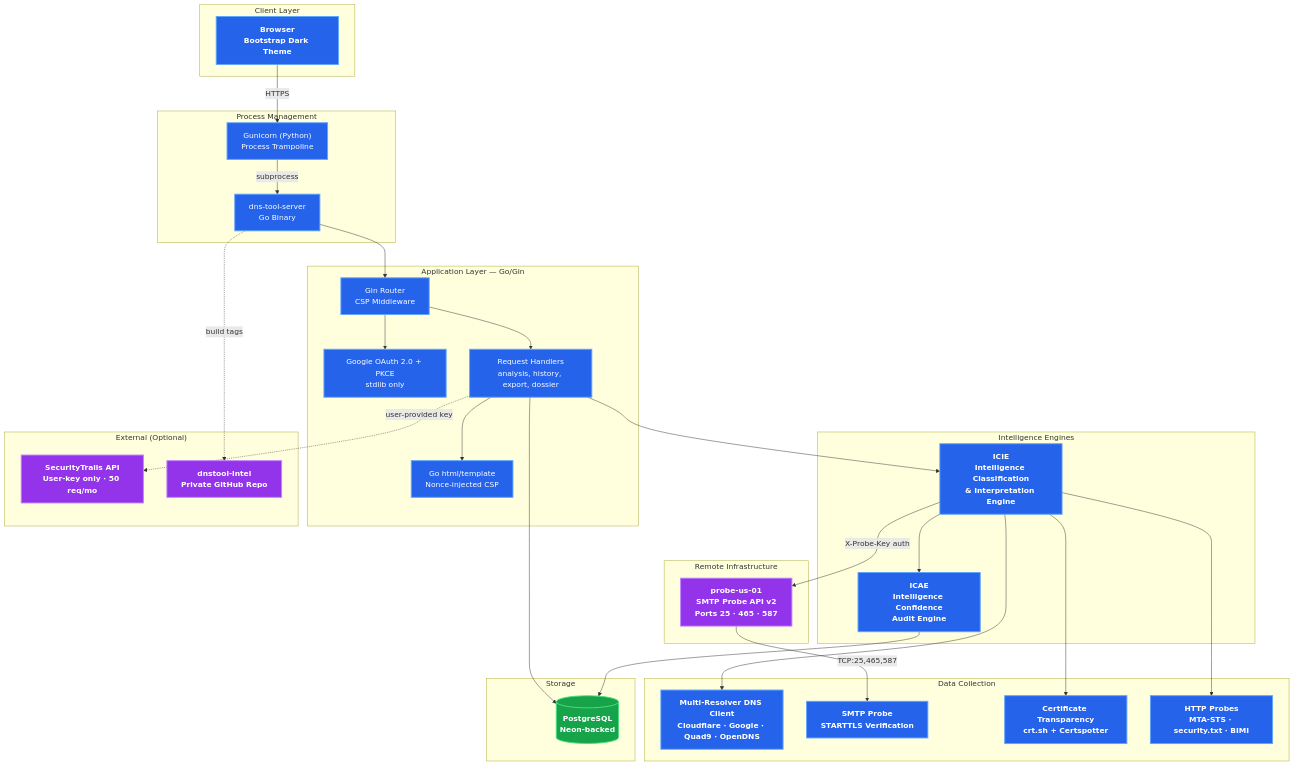
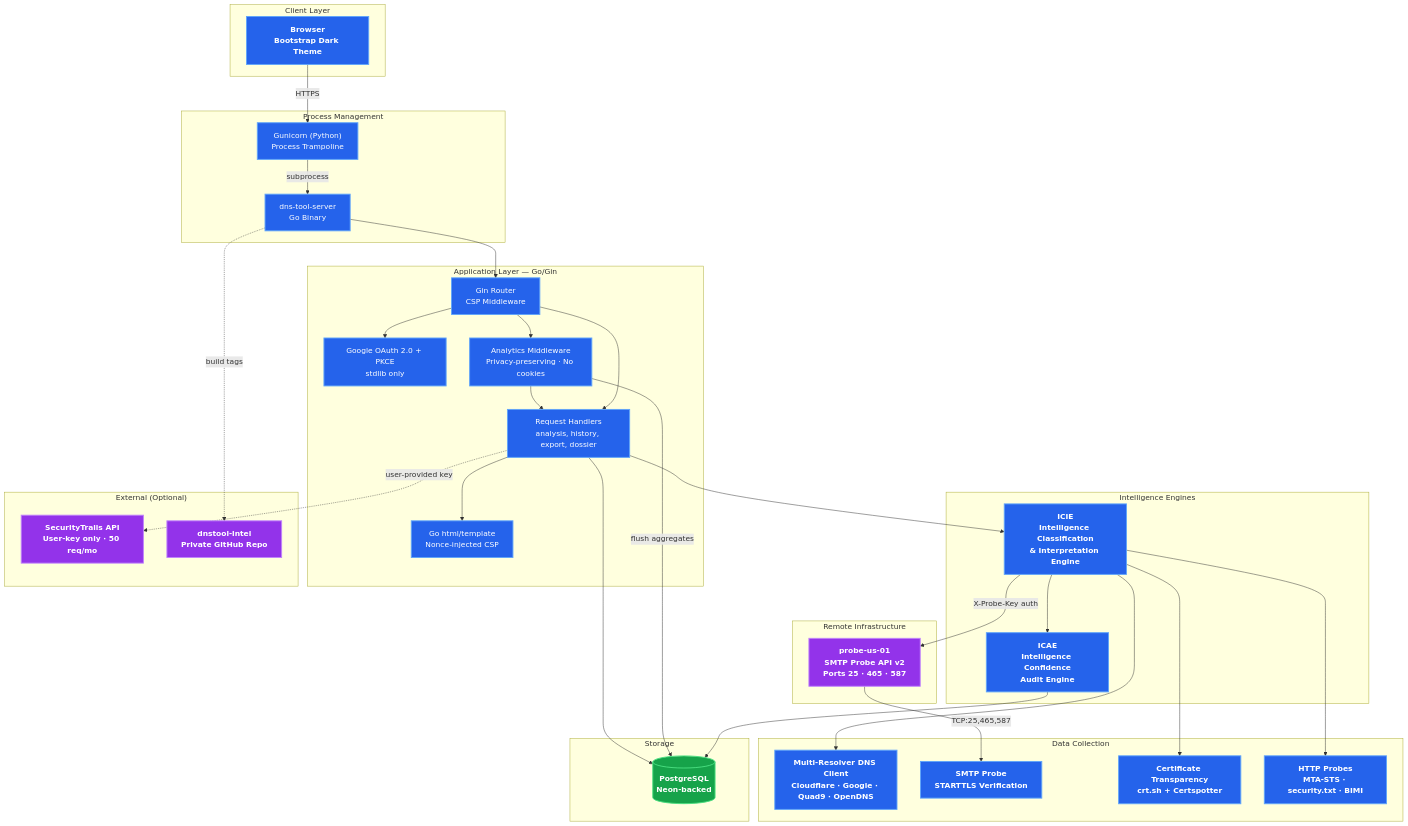
Before and after one commit to careyjames/DnsToolWeb: the first of 7 diagrams in docs/architecture/SYSTEM_ARCHITECTURE.md, drawn with Mermaid. The commit also changed other lines of this file and 9 other files, not shown here.

First line of the commit message:
Add privacy-preserving analytics and admin dashboard functionality

````diff
--- a/docs/architecture/SYSTEM_ARCHITECTURE.md
+++ b/docs/architecture/SYSTEM_ARCHITECTURE.md
@@ -5,76 +5,80 @@
 ```mermaid
 graph TB
     subgraph "Client Layer"
         Browser["Browser<br/>Bootstrap Dark Theme"]
     end
 
     subgraph "Process Management"
         Gunicorn["Gunicorn (Python)<br/>Process Trampoline"]
         GoBinary["dns-tool-server<br/>Go Binary"]
     end
 
     subgraph "Application Layer — Go/Gin"
         Router["Gin Router<br/>CSP Middleware"]
         Auth["Google OAuth 2.0 + PKCE<br/>stdlib only"]
+        Analytics["Analytics Middleware<br/>Privacy-preserving · No cookies"]
         Handlers["Request Handlers<br/>analysis, history, export, dossier"]
         Templates["Go html/template<br/>Nonce-injected CSP"]
     end
 
     subgraph "Intelligence Engines"
         ICIE["ICIE<br/>Intelligence Classification<br/>& Interpretation Engine"]
         ICAE["ICAE<br/>Intelligence Confidence<br/>Audit Engine"]
     end
 
     subgraph "Data Collection"
         DNSClient["Multi-Resolver DNS Client<br/>Cloudflare · Google · Quad9 · OpenDNS"]
         SMTP["SMTP Probe<br/>STARTTLS Verification"]
         CT["Certificate Transparency<br/>crt.sh + Certspotter"]
         HTTP["HTTP Probes<br/>MTA-STS · security.txt · BIMI"]
     end
 
     subgraph "Remote Infrastructure"
         ProbeServer["probe-us-01<br/>SMTP Probe API v2<br/>Ports 25 · 465 · 587"]
     end
 
     subgraph "Storage"
         PG[("PostgreSQL<br/>Neon-backed")]
     end
 
     subgraph "External (Optional)"
         SecurityTrails["SecurityTrails API<br/>User-key only · 50 req/mo"]
         IntelRepo["dnstool-intel<br/>Private GitHub Repo"]
     end
 
     Browser -->|"HTTPS"| Gunicorn
     Gunicorn -->|"subprocess"| GoBinary
     GoBinary --> Router
     Router --> Auth
+    Router --> Analytics
+    Analytics --> Handlers
     Router --> Handlers
     Handlers --> Templates
     Handlers --> ICIE
     ICIE --> DNSClient
     ICIE -->|"X-Probe-Key auth"| ProbeServer
     ProbeServer -->|"TCP:25,465,587"| SMTP
     ICIE --> CT
     ICIE --> HTTP
     ICIE --> ICAE
     Handlers --> PG
+    Analytics -->|"flush aggregates"| PG
     ICAE --> PG
     Handlers -.->|"user-provided key"| SecurityTrails
     GoBinary -.->|"build tags"| IntelRepo
 
     classDef default fill:#2563eb,stroke:#60a5fa,stroke-width:2px,color:#f0f6fc
     classDef engine fill:#2563eb,stroke:#60a5fa,stroke-width:2px,color:#fff,font-weight:bold
     classDef storage fill:#16a34a,stroke:#4ade80,stroke-width:2px,color:#fff,font-weight:bold
     classDef external fill:#9333ea,stroke:#c084fc,stroke-width:2px,color:#fff,font-weight:bold
     classDef client fill:#2563eb,stroke:#60a5fa,stroke-width:2px,color:#fff,font-weight:bold
     classDef app fill:#2563eb,stroke:#60a5fa,stroke-width:2px,color:#fff
     class ICIE,ICAE engine
     class PG storage
     class SecurityTrails,IntelRepo external
     class Browser client
-    class Router,Auth,Handlers,Templates app
+    class Router,Auth,Analytics,Handlers,Templates app
     class DNSClient,SMTP,CT,HTTP engine
     class ProbeServer external
     class Gunicorn,GoBinary app
 ```
````
